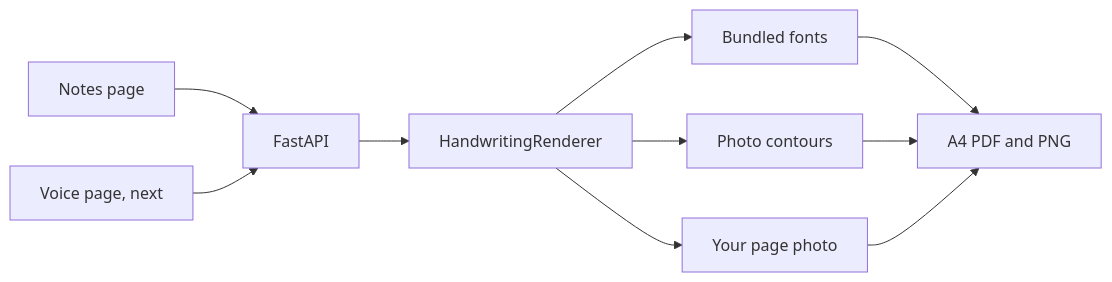
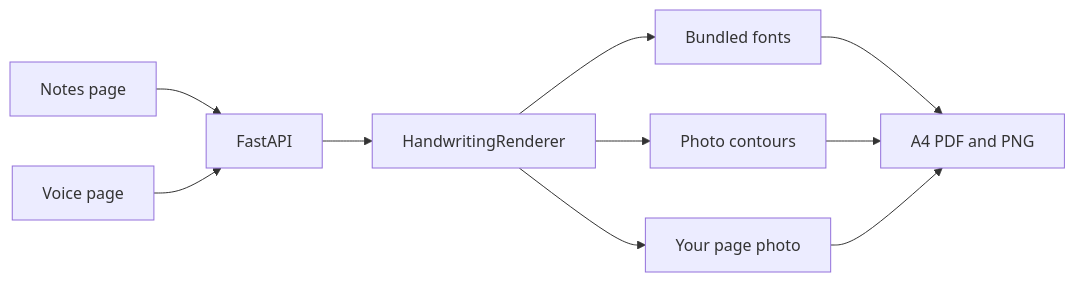
One commit to codexmaham/qalam changed the diagram in README.md. Above: the diagram before and after it, drawn with Mermaid. The commit also changed other lines of this file and 12 other files, not shown here.

````diff
--- a/README.md
+++ b/README.md
@@ -164,12 +180,12 @@
 ```mermaid
 flowchart LR
   notes[Notes page] --> api[FastAPI]
-  voice[Voice page, next] --> api
+  voice[Voice page] --> api
   api --> renderer[HandwritingRenderer]
   renderer --> fonts[Bundled fonts]
   renderer --> clone[Photo contours]
   renderer --> photo[Your page photo]
   fonts --> pdf[A4 PDF and PNG]
   clone --> pdf
   photo --> pdf
 ```
````
